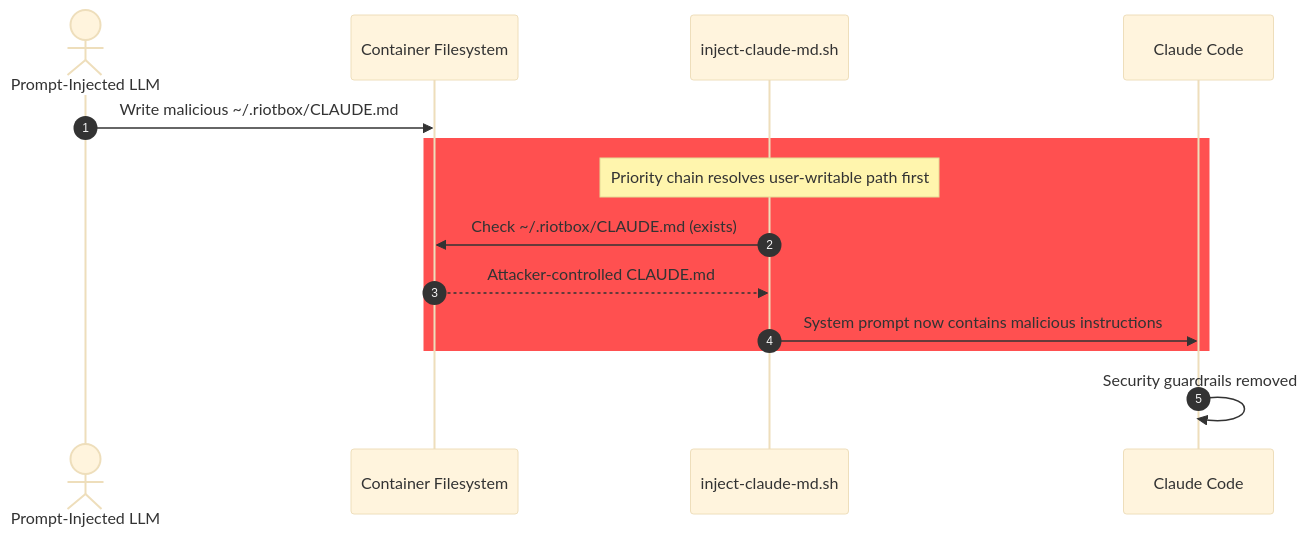
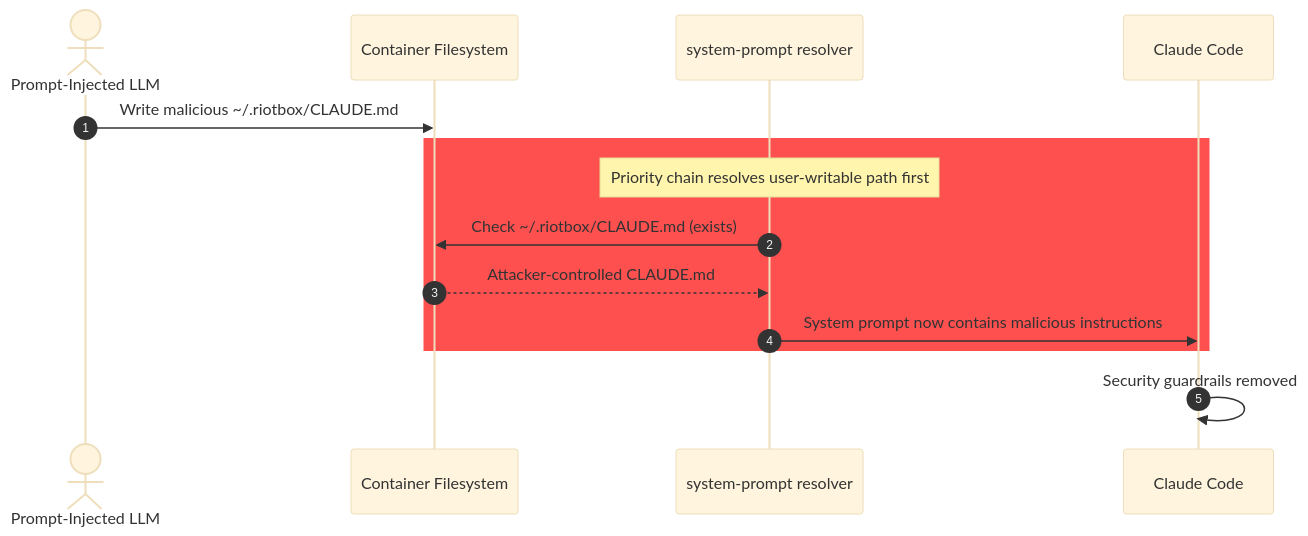
One commit to trevor-vaughan/claude-riotbox changed diagram 13 of 13 in THREAT_MODEL.md. Above: the diagram before and after it, drawn with Mermaid. The commit also changed other lines of this file and 1 other file, not shown here.

First line of the commit message:
docs(threat-model): rewrite remediated finding 018 for current architecture

````diff
--- a/THREAT_MODEL.md
+++ b/THREAT_MODEL.md
@@ -1946,18 +1951,18 @@
 ```mermaid
 %%{init: {'theme': 'base'}}%%
 sequenceDiagram
   autonumber
   actor LLM as Prompt-Injected LLM
   participant FS as Container Filesystem
-  participant Inject as inject-claude-md.sh
+  participant Inject as system-prompt resolver
   participant Claude as Claude Code
 
   LLM->>FS: Write malicious ~/.riotbox/CLAUDE.md
   rect rgb(255, 80, 80)
     Note over Inject: Priority chain resolves user-writable path first
     Inject->>FS: Check ~/.riotbox/CLAUDE.md (exists)
     FS-->>Inject: Attacker-controlled CLAUDE.md
     Inject->>Claude: System prompt now contains malicious instructions
   end
   Claude->>Claude: Security guardrails removed
 ```
````
